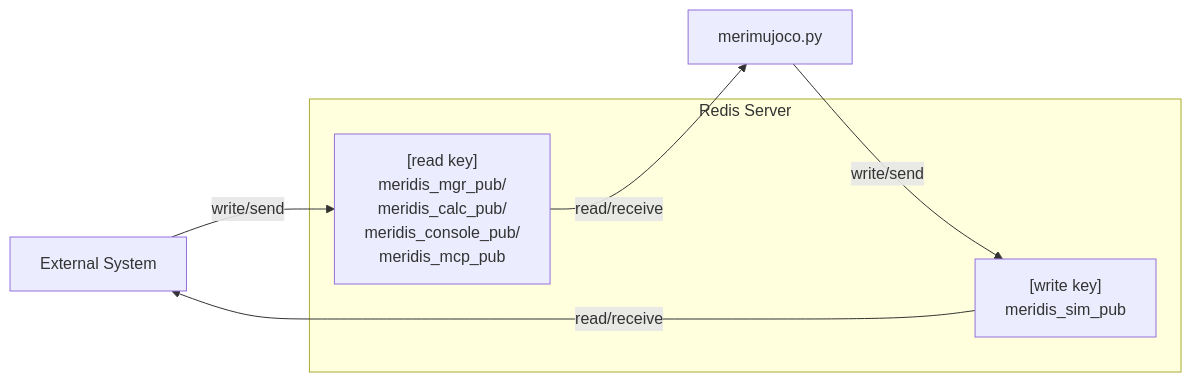
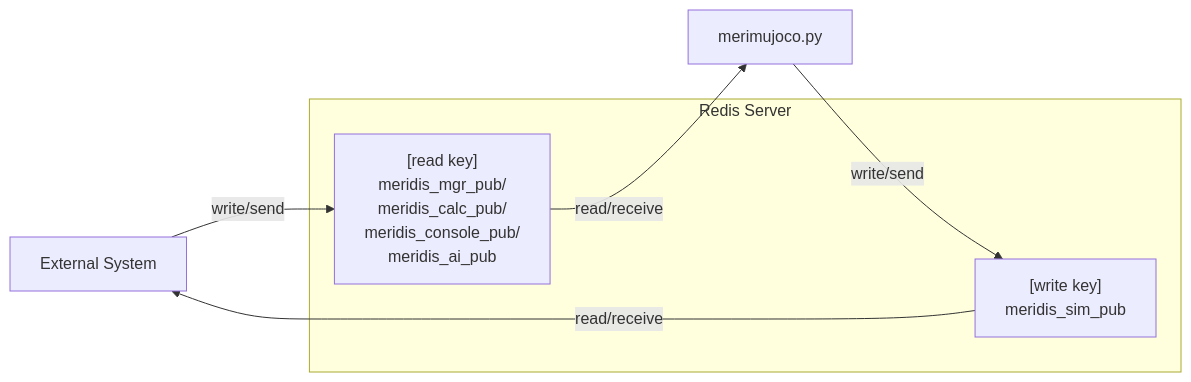
The diagram in README_advance_EN.md (holypong/merimujoco), drawn with Mermaid before and after one commit. The commit also changed other lines of this file and 1 other file, not shown here.

Commit message:
feat: Redis設定ファイルの更新
README_advance.mdとREADME_advance_EN.mdにおいて、MCPサーバーとの連携に関する記述をAIエージェントとの連携に変更しました。また、読み取りキーのリストにおいても、対応する項目を更新しました。

````diff
--- a/README_advance_EN.md
+++ b/README_advance_EN.md
@@ -84,13 +84,13 @@
 ```mermaid
 flowchart LR
   Controller[External System]
   Simulation[merimujoco.py]
   subgraph Redis Server
-    ReadKey["[read key]<br/>meridis_mgr_pub/<br>meridis_calc_pub/<br>meridis_console_pub/<br> meridis_mcp_pub"]
+    ReadKey["[read key]<br/>meridis_mgr_pub/<br>meridis_calc_pub/<br>meridis_console_pub/<br> meridis_ai_pub"]
     WriteKey["[write key]<br/>meridis_sim_pub"]
   end
   Controller -- write/send --> ReadKey
   ReadKey -- read/receive --> Simulation
   Simulation -- write/send --> WriteKey
   WriteKey -- read/receive --> Controller
 ```
````
